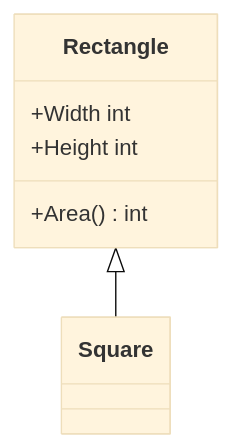
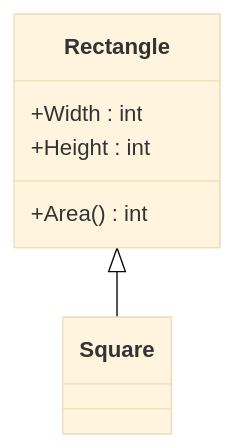
The fourth of 8 diagrams in 00-Foundations/03-SOLID-Principles/notes.md (tushardongre1990/LLD-Claude), drawn with Mermaid (base theme) before and after one commit. The commit also changed other lines of this file and 19 other files, not shown here.

First line of the commit message:
docs(00-Foundations): fix mermaid attribute ordering to name : type

````diff
--- a/00-Foundations/03-SOLID-Principles/notes.md
+++ b/00-Foundations/03-SOLID-Principles/notes.md
@@ -147,10 +147,10 @@
 ```mermaid
 classDiagram
     class Rectangle {
-        +Width int
-        +Height int
+        +Width : int
+        +Height : int
         +Area() int
     }
     class Square
     Rectangle <|-- Square
 ```
````
